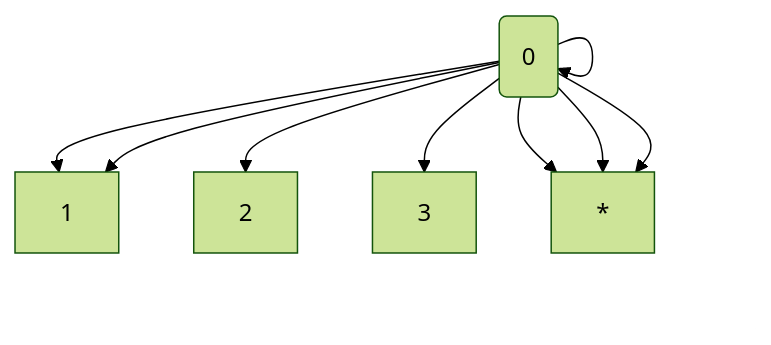
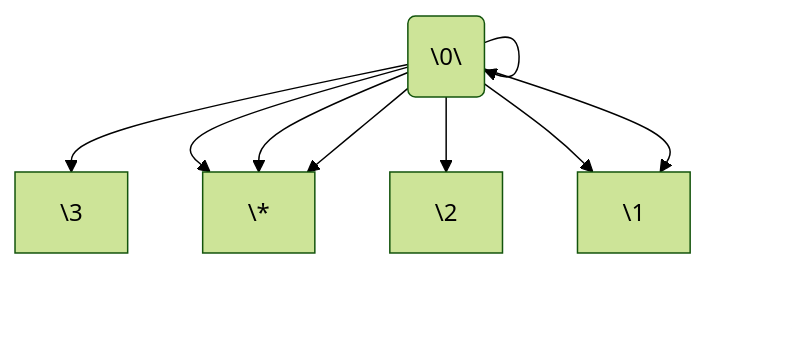
One commit to yakazimir/kyler-website changed the diagram in content/post/understanding_lisp.md. Above: the diagram before and after it, drawn with Mermaid (forest theme).

Commit message:
updated again

````diff
--- a/content/post/understanding_lisp.md
+++ b/content/post/understanding_lisp.md
@@ -175,13 +175,13 @@
 ```mermaid
 graph TD;
-  factorial(3)-->3;
-  factorial(3)-->*;
-  factorial(3)-->factorial(2);
-  factorial(2)-->2;
-  factorial(2)-->*;
-  factorial(2)-->factorial(1);
-  factorial(1)-->1;
-  factorial(1)-->*;
-  factorial(2)-->factorial(0);
-  factorial(0)-->1;
+  factorial\(\3\)-->\3;
+  factorial\(3\)-->\*;
+  factorial\(3\)-->factorial\(\2\);
+  factorial\(\2\)-->\2;
+  factorial\(\2\)-->\*;
+  factorial\(\2\)-->factorial\(\1\);
+  factorial\(\1\)-->\1;
+  factorial\(\1\)-->\*;
+  factorial\(\2\)-->factorial\(\0\);
+  factorial\(\0\)-->\1;
 ```
````
